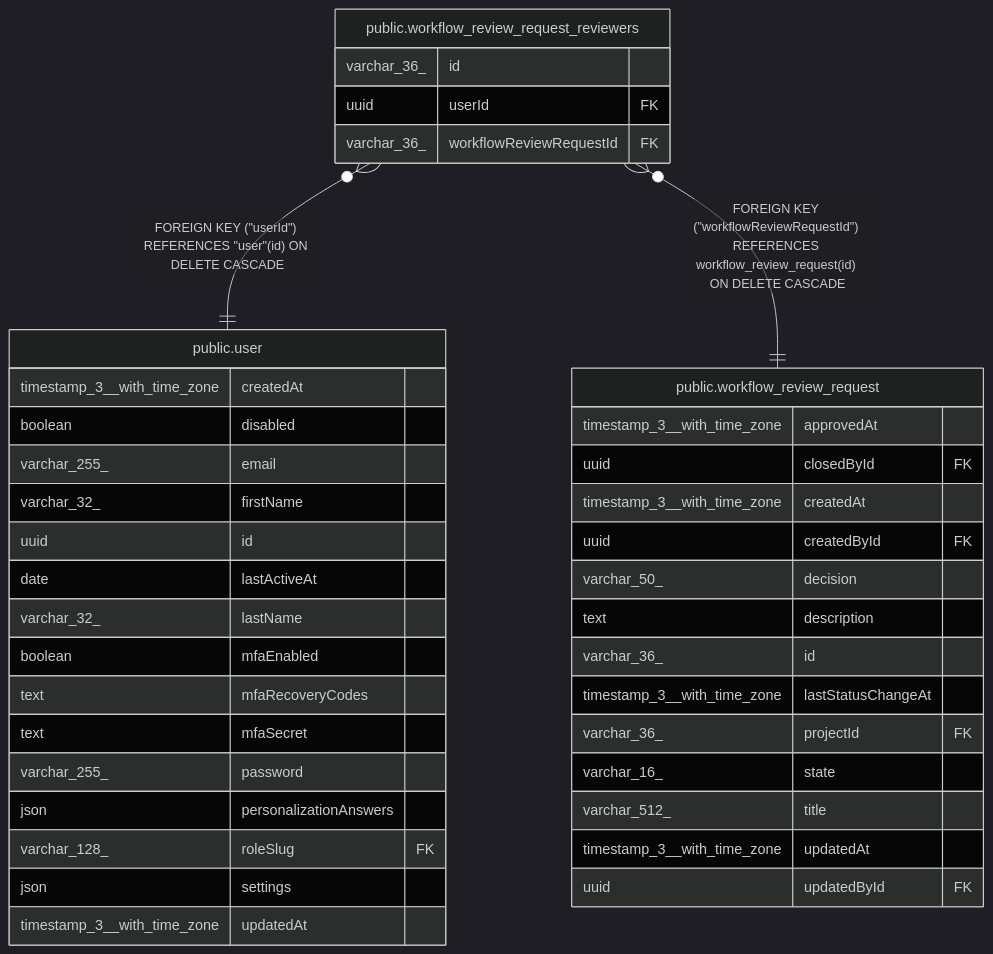
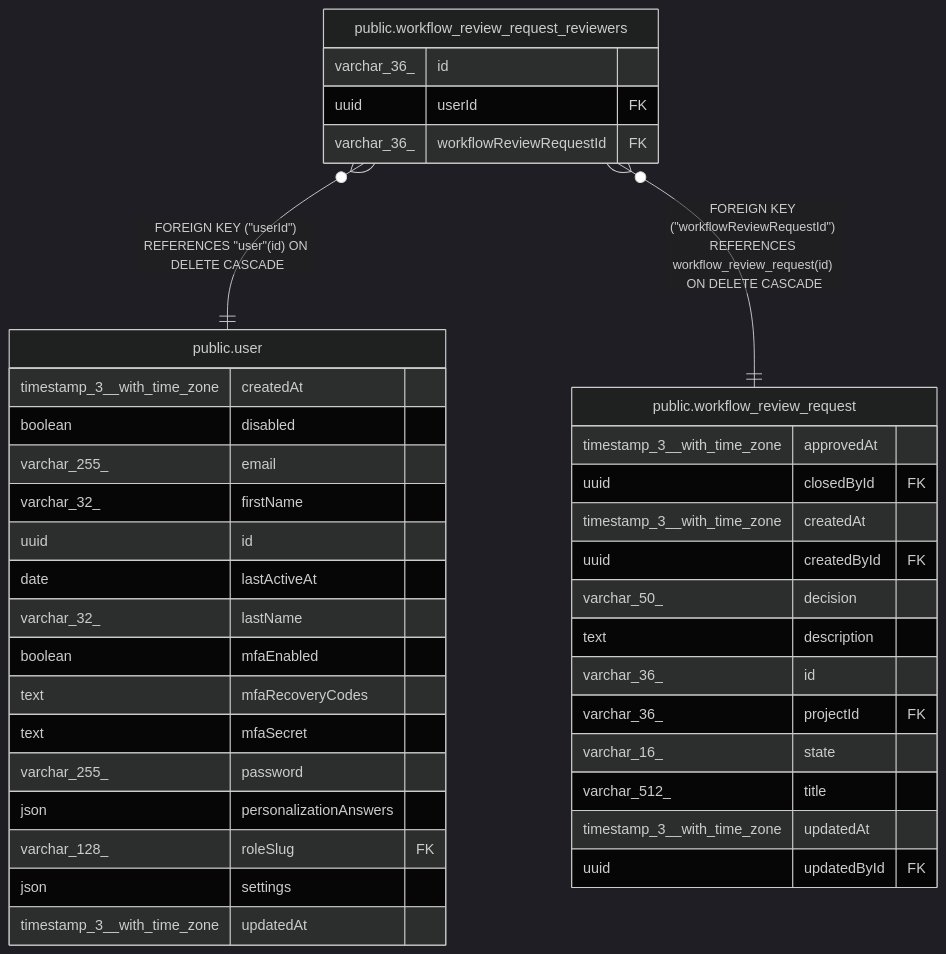
The diagram in docs/generated/postgres-schema/public.workflow_review_request_reviewers.md (mayankjain1815-commits/n8n), drawn with Mermaid (dark theme) before and after one commit. The commit also changed 6 other files, not shown here.

Commit message:
feat(core): Update schema docs for postgres

````diff
--- a/docs/generated/postgres-schema/public.workflow_review_request_reviewers.md
+++ b/docs/generated/postgres-schema/public.workflow_review_request_reviewers.md
@@ -31,44 +31,43 @@
 ```mermaid
 erDiagram
 
 "public.workflow_review_request_reviewers" }o--|| "public.user" : "FOREIGN KEY (#quot;userId#quot;) REFERENCES #quot;user#quot;(id) ON DELETE CASCADE"
 "public.workflow_review_request_reviewers" }o--|| "public.workflow_review_request" : "FOREIGN KEY (#quot;workflowReviewRequestId#quot;) REFERENCES workflow_review_request(id) ON DELETE CASCADE"
 
 "public.workflow_review_request_reviewers" {
   varchar_36_ id
   uuid userId FK
   varchar_36_ workflowReviewRequestId FK
 }
 "public.user" {
   timestamp_3__with_time_zone createdAt
   boolean disabled
   varchar_255_ email
   varchar_32_ firstName
   uuid id
   date lastActiveAt
   varchar_32_ lastName
   boolean mfaEnabled
   text mfaRecoveryCodes
   text mfaSecret
   varchar_255_ password
   json personalizationAnswers
   varchar_128_ roleSlug FK
   json settings
   timestamp_3__with_time_zone updatedAt
 }
 "public.workflow_review_request" {
   timestamp_3__with_time_zone approvedAt
   uuid closedById FK
   timestamp_3__with_time_zone createdAt
   uuid createdById FK
   varchar_50_ decision
   text description
   varchar_36_ id
-  timestamp_3__with_time_zone lastStatusChangeAt
   varchar_36_ projectId FK
   varchar_16_ state
   varchar_512_ title
   timestamp_3__with_time_zone updatedAt
   uuid updatedById FK
 }
 ```
````
